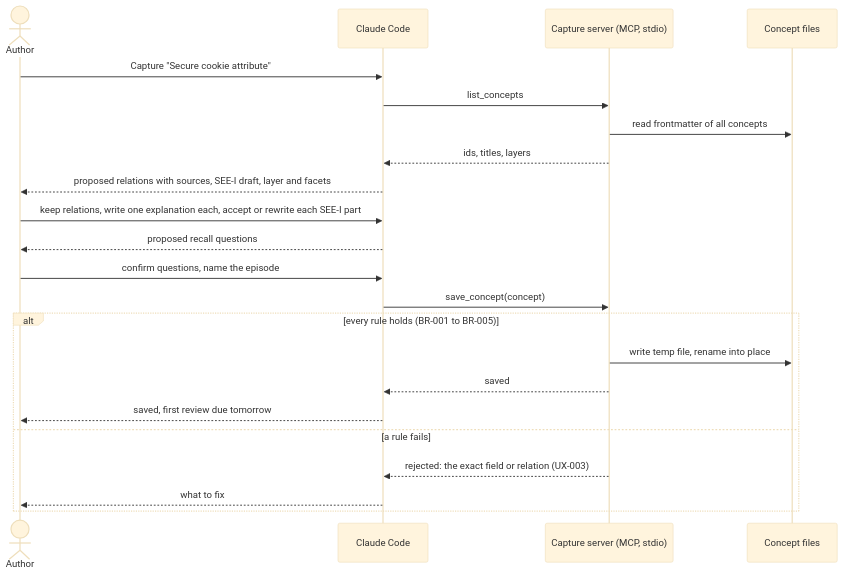
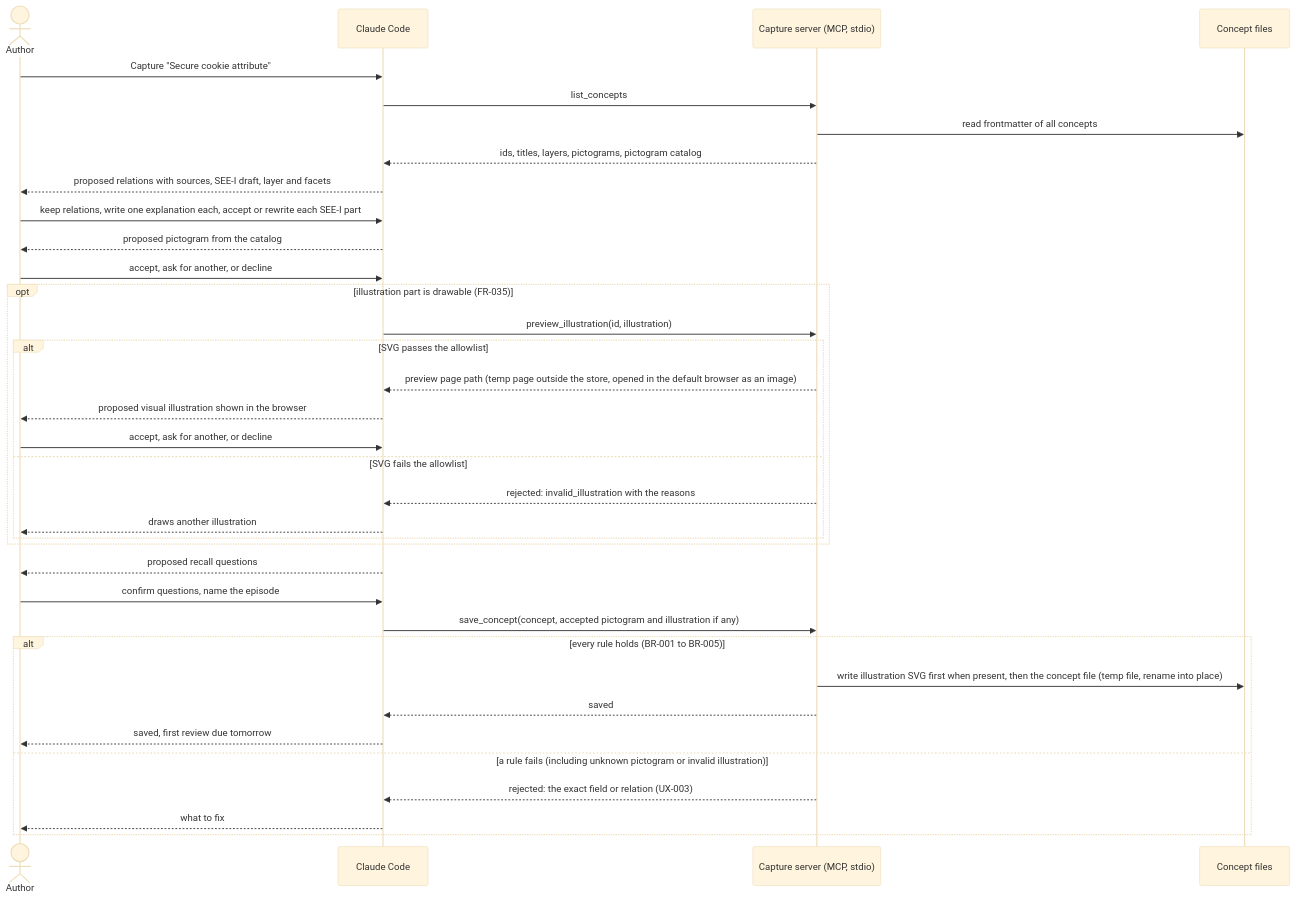
One commit to sue-btis/arch-mind changed the diagram in docs/design/ux/flows.mmd. Above: the diagram before and after it, drawn with Mermaid (base theme). The commit also changed 15 other files, not shown here.

```diff
--- a/docs/design/ux/flows.mmd
+++ b/docs/design/ux/flows.mmd
@@ -1,24 +1,38 @@
 %% Capture (J-001): proposals are confirmed in the Claude Code conversation; the capture server validates before writing.
+%% Pictogram and illustration are optional: the author may decline either, and the concept is saved without it (FR-034, FR-035, PD-026).
 sequenceDiagram
   actor Author
   participant CC as Claude Code
   participant Cap as Capture server (MCP, stdio)
   participant Store as Concept files
 
   Author->>CC: Capture "Secure cookie attribute"
   CC->>Cap: list_concepts
   Cap->>Store: read frontmatter of all concepts
-  Cap-->>CC: ids, titles, layers
+  Cap-->>CC: ids, titles, layers, pictograms, pictogram catalog
   CC-->>Author: proposed relations with sources, SEE-I draft, layer and facets
   Author->>CC: keep relations, write one explanation each, accept or rewrite each SEE-I part
+  CC-->>Author: proposed pictogram from the catalog
+  Author->>CC: accept, ask for another, or decline
+  opt illustration part is drawable (FR-035)
+    CC->>Cap: preview_illustration(id, illustration)
+    alt SVG passes the allowlist
+      Cap-->>CC: preview page path (temp page outside the store, opened in the default browser as an image)
+      CC-->>Author: proposed visual illustration shown in the browser
+      Author->>CC: accept, ask for another, or decline
+    else SVG fails the allowlist
+      Cap-->>CC: rejected: invalid_illustration with the reasons
+      CC-->>Author: draws another illustration
+    end
+  end
   CC-->>Author: proposed recall questions
   Author->>CC: confirm questions, name the episode
-  CC->>Cap: save_concept(concept)
+  CC->>Cap: save_concept(concept, accepted pictogram and illustration if any)
   alt every rule holds (BR-001 to BR-005)
-    Cap->>Store: write temp file, rename into place
+    Cap->>Store: write illustration SVG first when present, then the concept file (temp file, rename into place)
     Cap-->>CC: saved
     CC-->>Author: saved, first review due tomorrow
-  else a rule fails
+  else a rule fails (including unknown pictogram or invalid illustration)
     Cap-->>CC: rejected: the exact field or relation (UX-003)
     CC-->>Author: what to fix
   end
```
